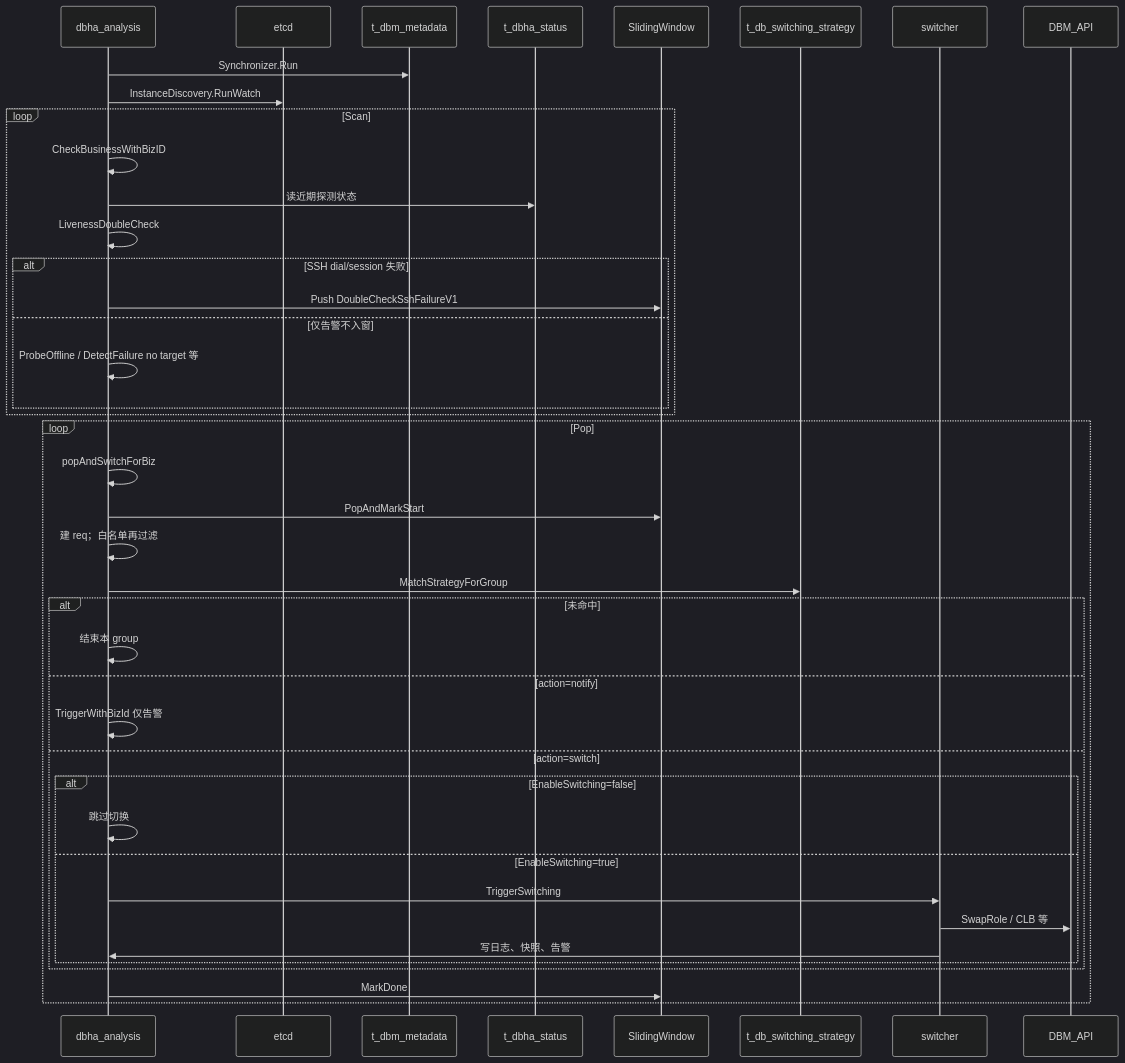
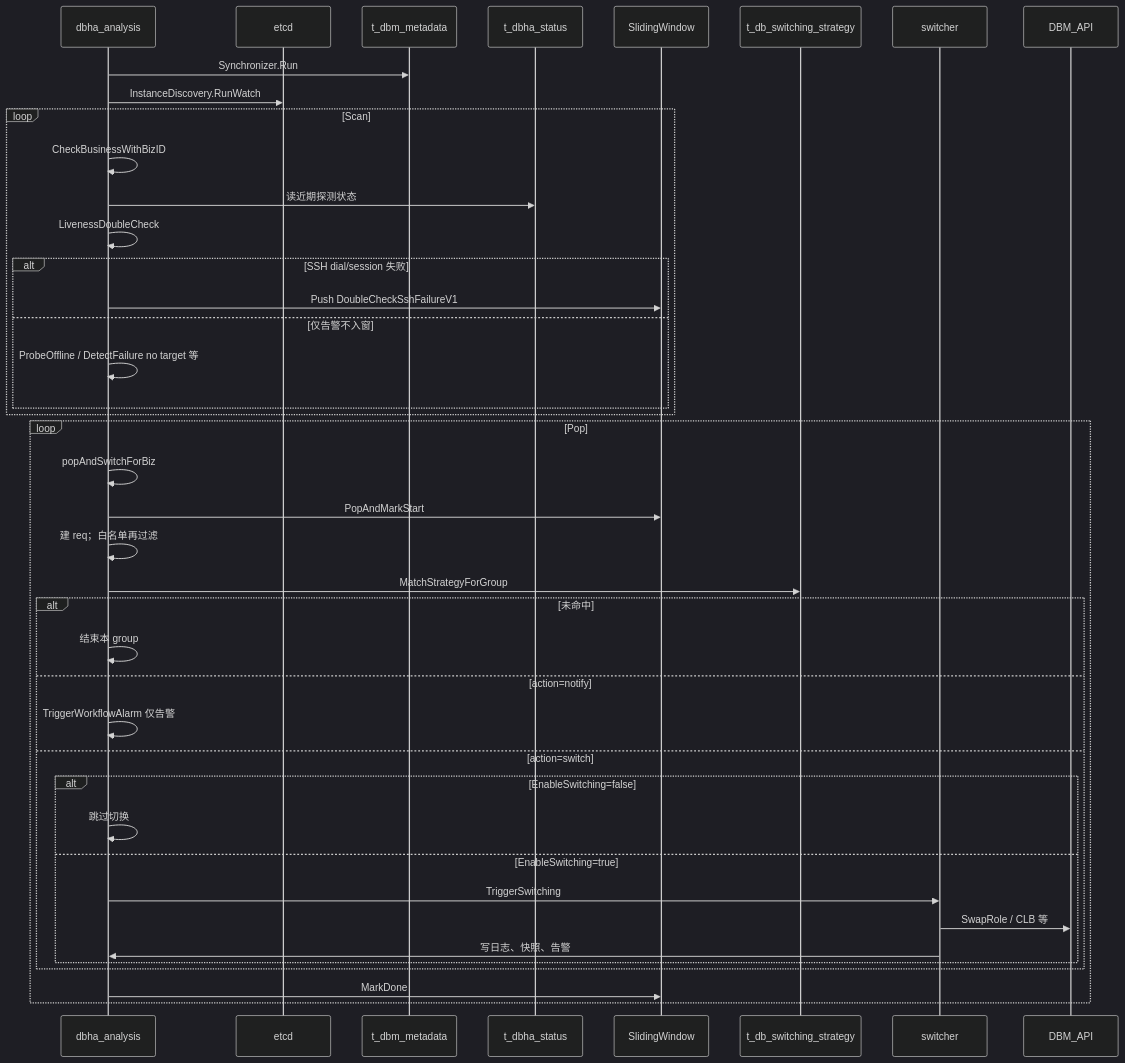
Before and after one commit to TencentBlueKing/blueking-dbm: the first of 3 diagrams in dbm-services/common/dbha-v2/docs/flows/failure-detection-and-failover.md, drawn with Mermaid (dark theme). The commit also changed 5 other files, not shown here.

Commit message:
fix(dbha-v2): use dbha_workflow_alarm for generic biz-level alerts. issue: #21741

````diff
--- a/dbm-services/common/dbha-v2/docs/flows/failure-detection-and-failover.md
+++ b/dbm-services/common/dbha-v2/docs/flows/failure-detection-and-failover.md
@@ -23,46 +23,46 @@
 ```mermaid
 sequenceDiagram
   participant AM as dbha_analysis
   participant Etcd as etcd
   participant Meta as t_dbm_metadata
   participant Status as t_dbha_status
   participant Win as SlidingWindow
   participant Strat as t_db_switching_strategy
   participant Switcher as switcher
   participant DBM as DBM_API
 
   AM->>Meta: Synchronizer.Run
   AM->>Etcd: InstanceDiscovery.RunWatch
 
   loop Scan
     AM->>AM: CheckBusinessWithBizID
     AM->>Status: 读近期探测状态
     AM->>AM: LivenessDoubleCheck
     alt SSH dial/session 失败
       AM->>Win: Push DoubleCheckSshFailureV1
     else 仅告警不入窗
       AM->>AM: ProbeOffline / DetectFailure no target 等
     end
   end
 
   loop Pop
     AM->>AM: popAndSwitchForBiz
     AM->>Win: PopAndMarkStart
     AM->>AM: 建 req；白名单再过滤
     AM->>Strat: MatchStrategyForGroup
     alt 未命中
       AM->>AM: 结束本 group
     else action=notify
-      AM->>AM: TriggerWithBizId 仅告警
+      AM->>AM: TriggerWorkflowAlarm 仅告警
     else action=switch
       alt EnableSwitching=false
         AM->>AM: 跳过切换
       else EnableSwitching=true
         AM->>Switcher: TriggerSwitching
         Switcher->>DBM: SwapRole / CLB 等
         Switcher->>AM: 写日志、快照、告警
       end
     end
     AM->>Win: MarkDone
   end
 ```
````
